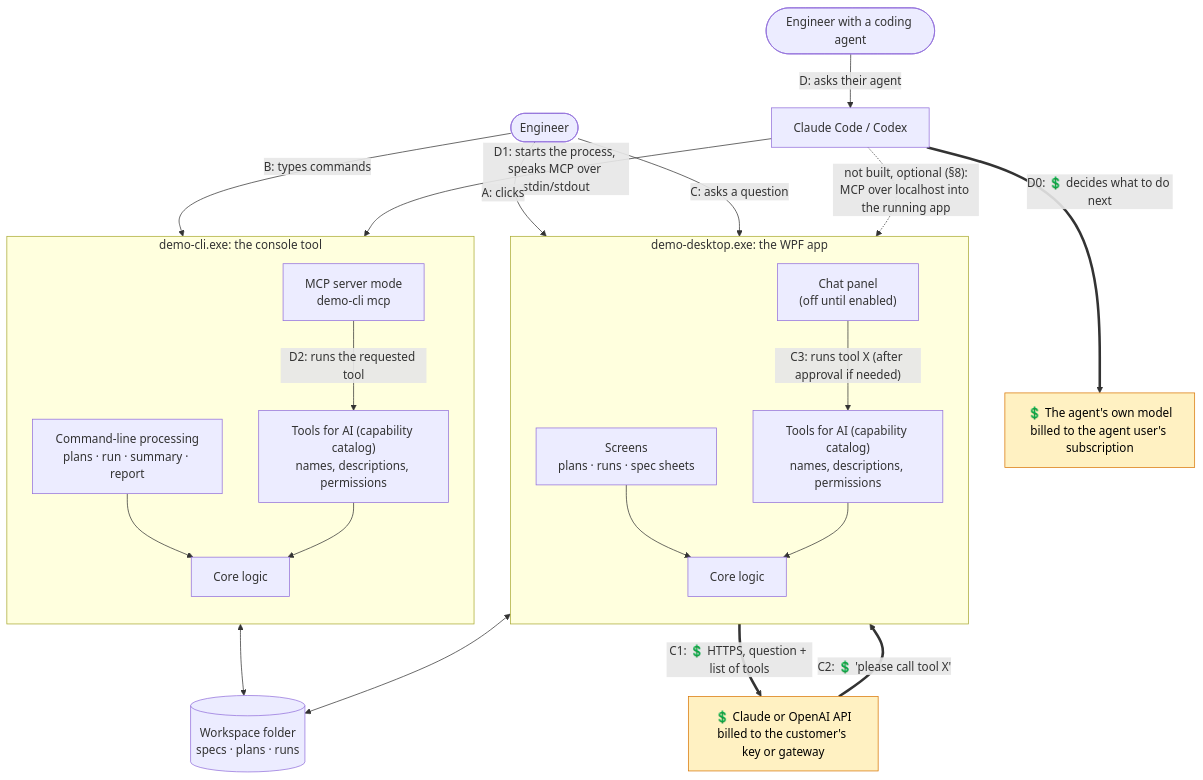
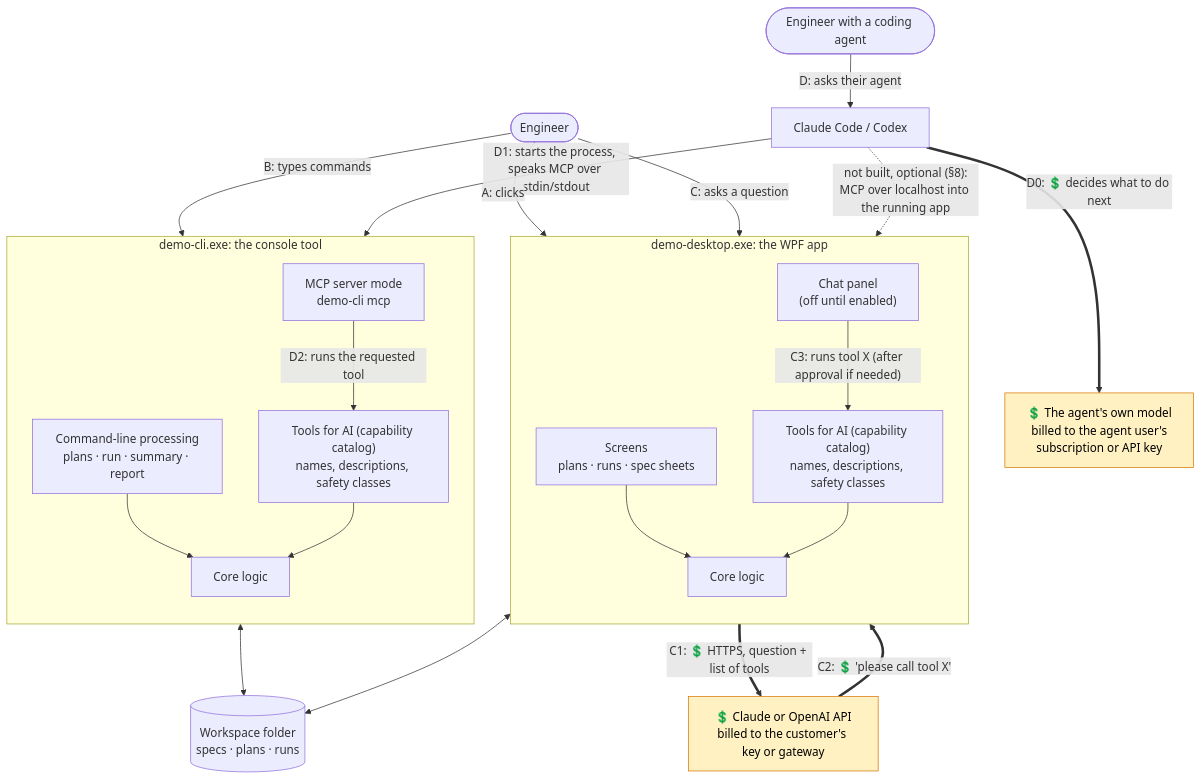
The second of 6 diagrams in docs/design.md (RelentlessOldMan/ChatbotAddonDemo), drawn with Mermaid before and after one commit. The commit also changed other lines of this file and 8 other files, not shown here.

First line of the commit message:
Docs: add a glossary, use one name per concept, and fix cost, data-flow and factual details

````diff
--- a/docs/design.md
+++ b/docs/design.md
@@ -71,52 +72,52 @@
 ```mermaid
 flowchart TB
     eng(["Engineer"])
     dev(["Engineer with a coding agent"])
 
     subgraph desktop["demo-desktop.exe: the WPF app"]
         direction TB
         ui["Screens<br/>plans · runs · spec sheets"]
         chat["Chat panel<br/>(off until enabled)"]
-        dcap["Tools for AI (capability catalog)<br/>names, descriptions, permissions"]
+        dcap["Tools for AI (capability catalog)<br/>names, descriptions, safety classes"]
         dlogic["Core logic"]
     end
 
     subgraph cli["demo-cli.exe: the console tool"]
         direction TB
         cmds["Command-line processing<br/>plans · run · summary · report"]
         mcp["MCP server mode<br/>demo-cli mcp"]
-        ccap["Tools for AI (capability catalog)<br/>names, descriptions, permissions"]
+        ccap["Tools for AI (capability catalog)<br/>names, descriptions, safety classes"]
         clogic["Core logic"]
     end
 
     llm["💲 Claude or OpenAI API<br/>billed to the customer's key or gateway"]
     agent["Claude Code / Codex"]
-    agentllm["💲 The agent's own model<br/>billed to the agent user's subscription"]
+    agentllm["💲 The agent's own model<br/>billed to the agent user's<br/>subscription or API key"]
     ws[("Workspace folder<br/>specs · plans · runs")]
 
     eng -- "A: clicks" --> ui
     eng -- "B: types commands" --> cmds
     eng -- "C: asks a question" --> chat
     dev -- "D: asks their agent" --> agent
 
     ui --> dlogic
     cmds --> clogic
 
     chat == "C1: 💲 HTTPS, question + list of tools" ==> llm
     llm == "C2: 💲 'please call tool X'" ==> chat
     chat -- "C3: runs tool X (after approval if needed)" --> dcap
     dcap --> dlogic
 
     agent == "D0: 💲 decides what to do next" ==> agentllm
     agent -- "D1: starts the process, speaks MCP over stdin/stdout" --> mcp
     mcp -- "D2: runs the requested tool" --> ccap
     ccap --> clogic
 
     dlogic <--> ws
     clogic <--> ws
 
     agent -. "not built, optional (§8):<br/>MCP over localhost into the running app" .-> desktop
 
     classDef paid fill:#fff1c2,stroke:#d97706,color:#000
     class llm,agentllm paid
 ```
````
